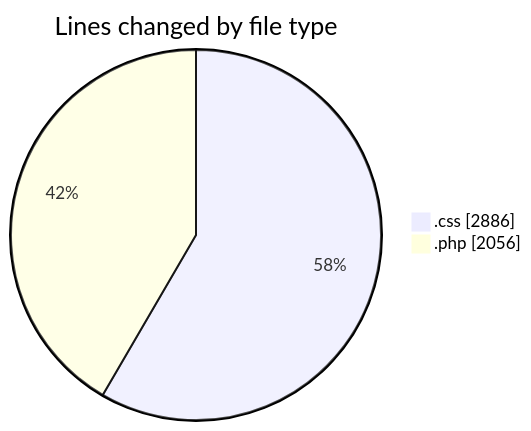
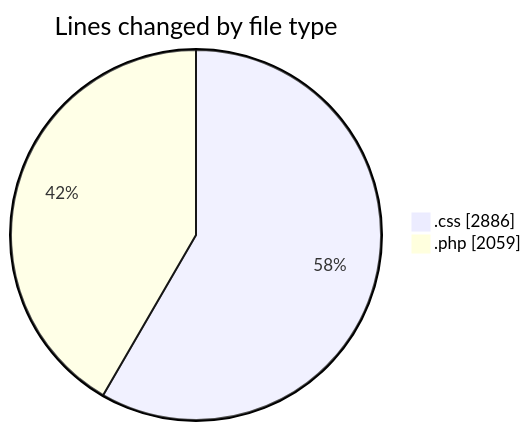
One commit to debugP/code-tracking changed the first of 2 diagrams in 2026-03-17/plugins__workspace_/README.md. Above: the diagram before and after it, drawn with Mermaid. The commit also changed other lines of this file and 1 other file, not shown here.

````diff
--- a/2026-03-17/plugins__workspace_/README.md
+++ b/2026-03-17/plugins__workspace_/README.md
@@ -21,6 +21,6 @@
 ```mermaid
 pie showData
 title Lines changed by file type
 ".css" : 2886
-".php" : 2056
+".php" : 2059
 ```
````
